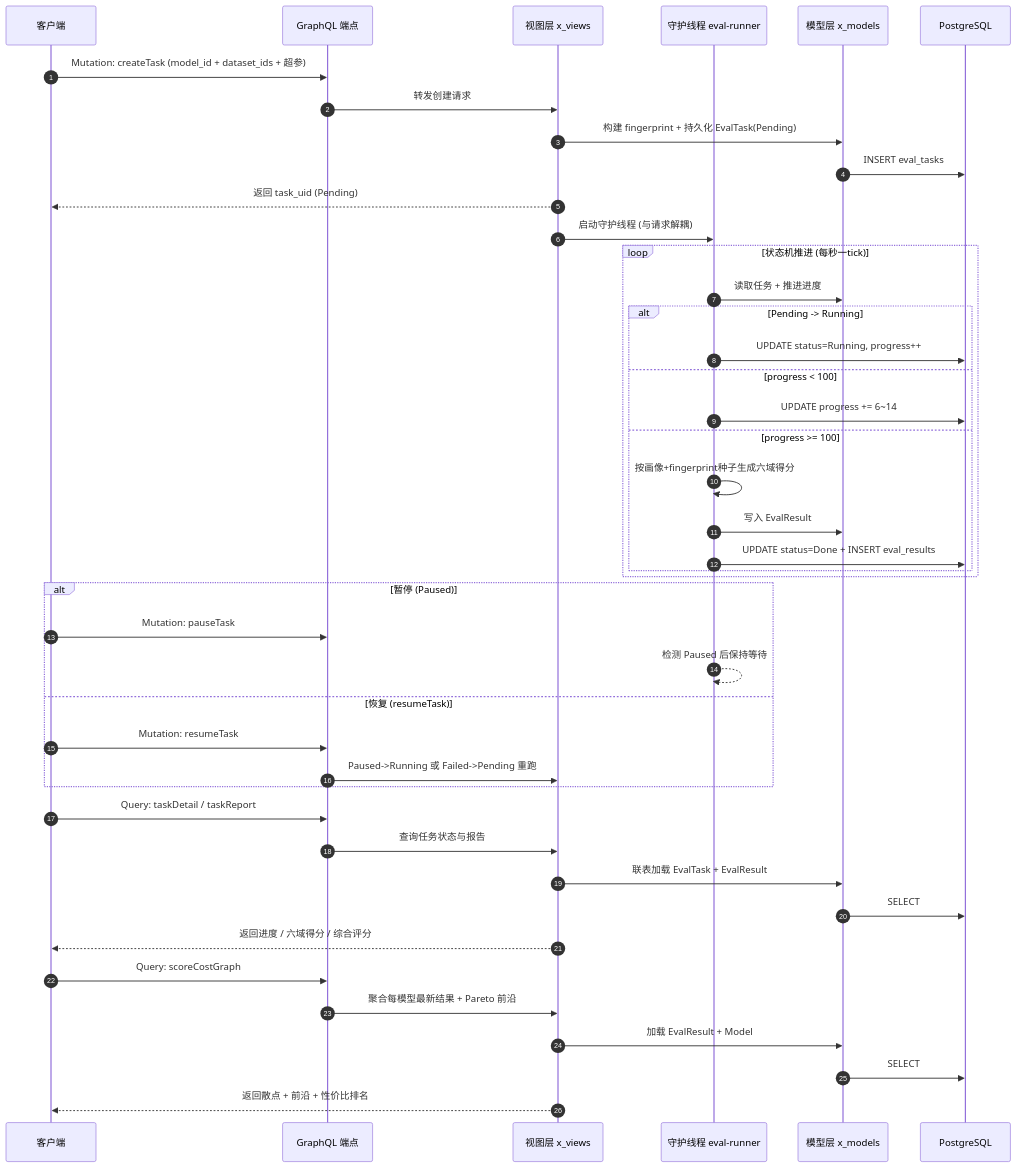
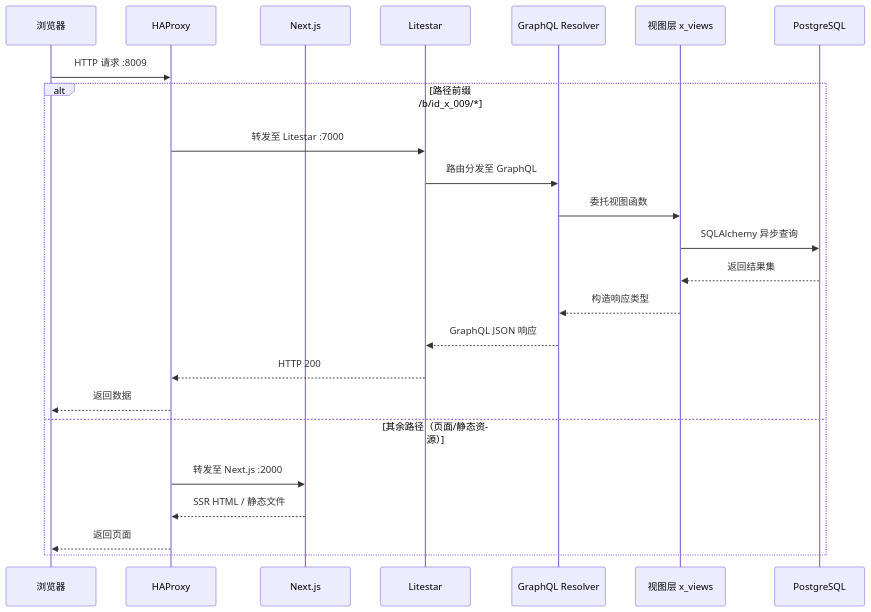
One commit to i-TorchLabs/id_x_009 changed the second of 2 diagrams in README.md. Above: the diagram before and after it, drawn with Mermaid. The commit also changed other lines of this file and 1 other file, not shown here.

````diff
--- a/README.md
+++ b/README.md
@@ -128,50 +97,27 @@
 ```mermaid
 sequenceDiagram
-    autonumber
-    participant C as 客户端
-    participant G as GraphQL 端点
+    participant B as 浏览器
+    participant H as HAProxy
+    participant N as Next.js
+    participant L as Litestar
+    participant G as GraphQL Resolver
     participant V as 视图层 x_views
-    participant T as 守护线程 eval-runner
-    participant M as 模型层 x_models
     participant D as PostgreSQL
 
-    C->>G: Mutation: createTask (model_id + dataset_ids + 超参)
-    G->>V: 转发创建请求
-    V->>M: 构建 fingerprint + 持久化 EvalTask(Pending)
-    M->>D: INSERT eval_tasks
-    V-->>C: 返回 task_uid (Pending)
-    V->>T: 启动守护线程 (与请求解耦)
-
-    loop 状态机推进 (每秒一tick)
-        T->>M: 读取任务 + 推进进度
-        alt Pending -> Running
-            T->>D: UPDATE status=Running, progress++
-        else progress < 100
-            T->>D: UPDATE progress += 6~14
-        else progress >= 100
-            T->>T: 按画像+fingerprint种子生成六域得分
-            T->>M: 写入 EvalResult
-            T->>D: UPDATE status=Done + INSERT eval_results
-        end
+    B->>H: HTTP 请求 :8009
+    alt 路径前缀 /b/id_x_009/*
+        H->>L: 转发至 Litestar :7000
+        L->>G: 路由分发至 GraphQL
+        G->>V: 委托视图函数
+        V->>D: SQLAlchemy 异步查询
+        D-->>V: 返回结果集
+        V-->>G: 构造响应类型
+        G-->>L: GraphQL JSON 响应
+        L-->>H: HTTP 200
+        H-->>B: 返回数据
+    else 其余路径（页面/静态资源）
+        H->>N: 转发至 Next.js :2000
+        N-->>H: SSR HTML / 静态文件
+        H-->>B: 返回页面
     end
-
-    alt 暂停 (Paused)
-        C->>G: Mutation: pauseTask
-        T-->>T: 检测 Paused 后保持等待
-    else 恢复 (resumeTask)
-        C->>G: Mutation: resumeTask
-        G->>V: Paused->Running 或 Failed->Pending 重跑
-    end
-
-    C->>G: Query: taskDetail / taskReport
-    G->>V: 查询任务状态与报告
-    V->>M: 联表加载 EvalTask + EvalResult
-    M->>D: SELECT
-    V-->>C: 返回进度 / 六域得分 / 综合评分
-
-    C->>G: Query: scoreCostGraph
-    G->>V: 聚合每模型最新结果 + Pareto 前沿
-    V->>M: 加载 EvalResult + Model
-    M->>D: SELECT
-    V-->>C: 返回散点 + 前沿 + 性价比排名
 ```
````
